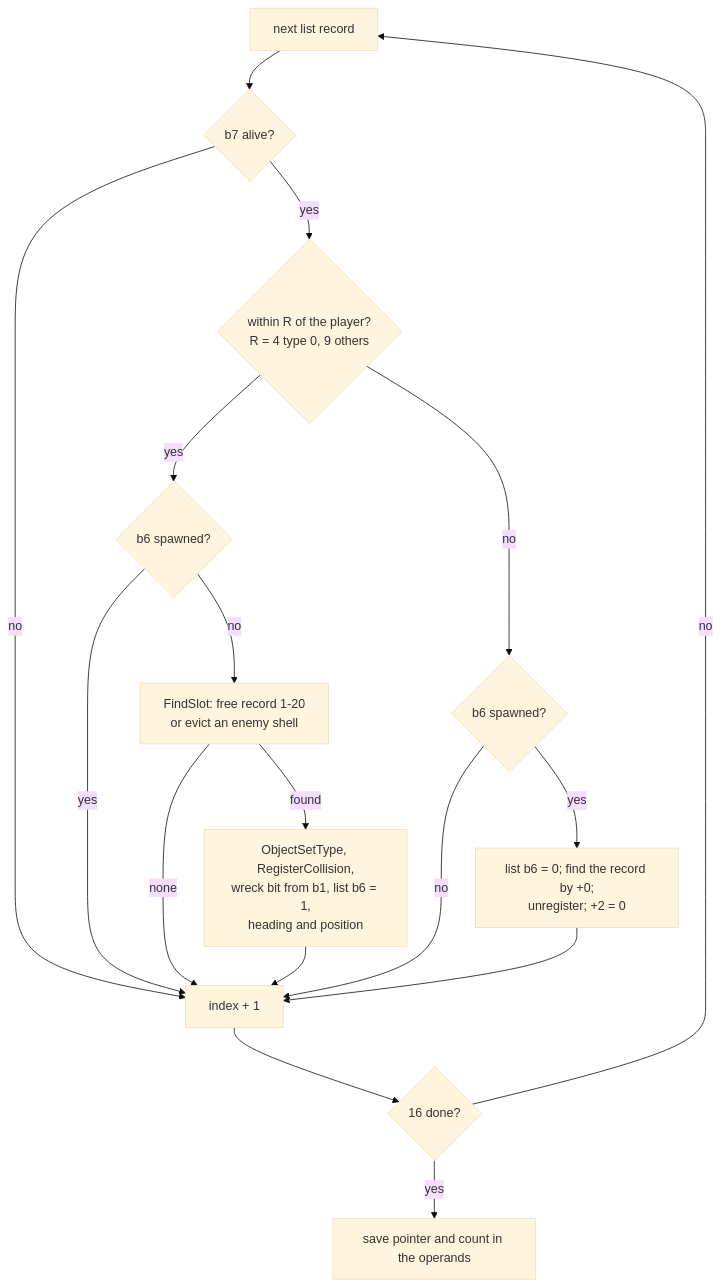
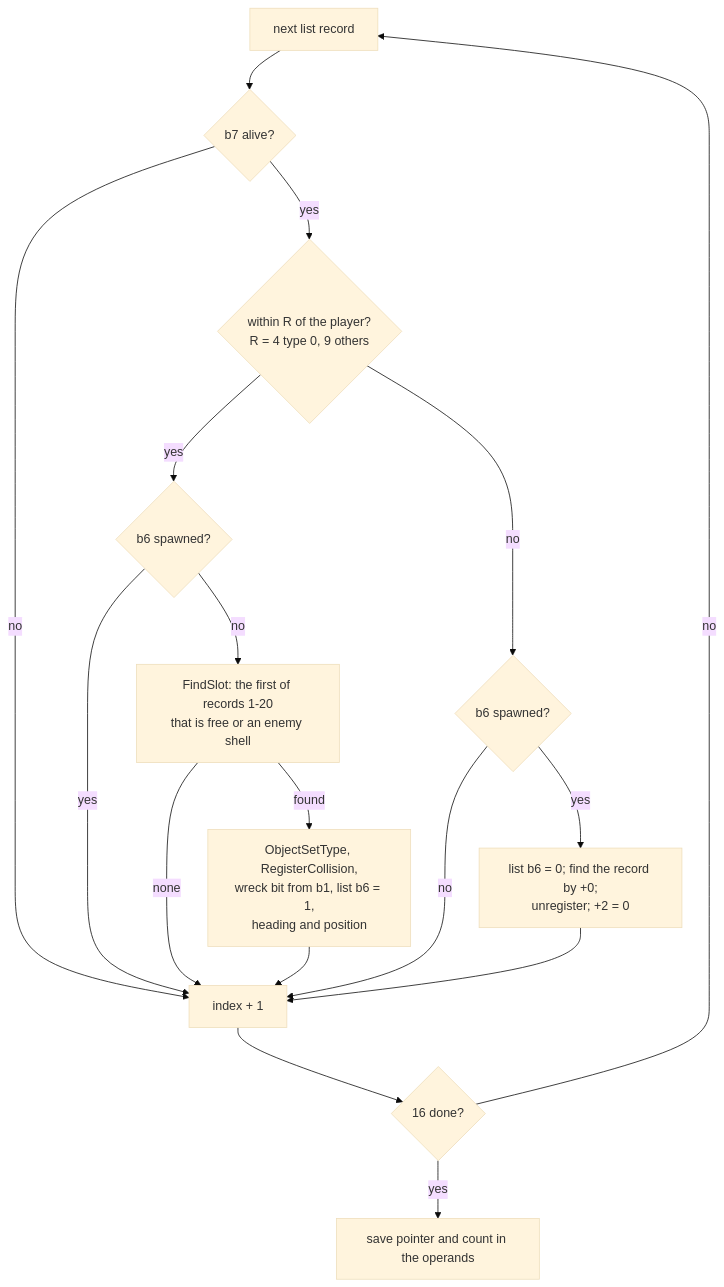
The third of 21 diagrams in games/battle-command/docs/07-objects.md (alfishe/unrealng-reverse-cases), drawn with Mermaid (base theme) before and after one commit. The commit also changed other lines of this file and 75 other files, not shown here.

````diff
--- a/games/battle-command/docs/07-objects.md
+++ b/games/battle-command/docs/07-objects.md
@@ -472,19 +480,19 @@
 ```mermaid
 flowchart TD
   A["next list record"] --> B{"b7 alive?"}
   B -- no --> N["index + 1"]
   B -- yes --> C{"within R of the player?<br/>R = 4 type 0, 9 others"}
   C -- yes --> D{"b6 spawned?"}
   D -- yes --> N
-  D -- no --> E["FindSlot: free record 1-20<br/>or evict an enemy shell"]
+  D -- no --> E["FindSlot: the first of records 1-20<br/>that is free or an enemy shell"]
   E -- none --> N
   E -- found --> F["ObjectSetType, RegisterCollision,<br/>wreck bit from b1, list b6 = 1,<br/>heading and position"]
   F --> N
   C -- no --> G{"b6 spawned?"}
   G -- no --> N
   G -- yes --> H["list b6 = 0; find the record by +0;<br/>unregister; +2 = 0"]
   H --> N
   N --> I{"16 done?"}
   I -- no --> A
   I -- yes --> J["save pointer and count in the operands"]
 ```
````
